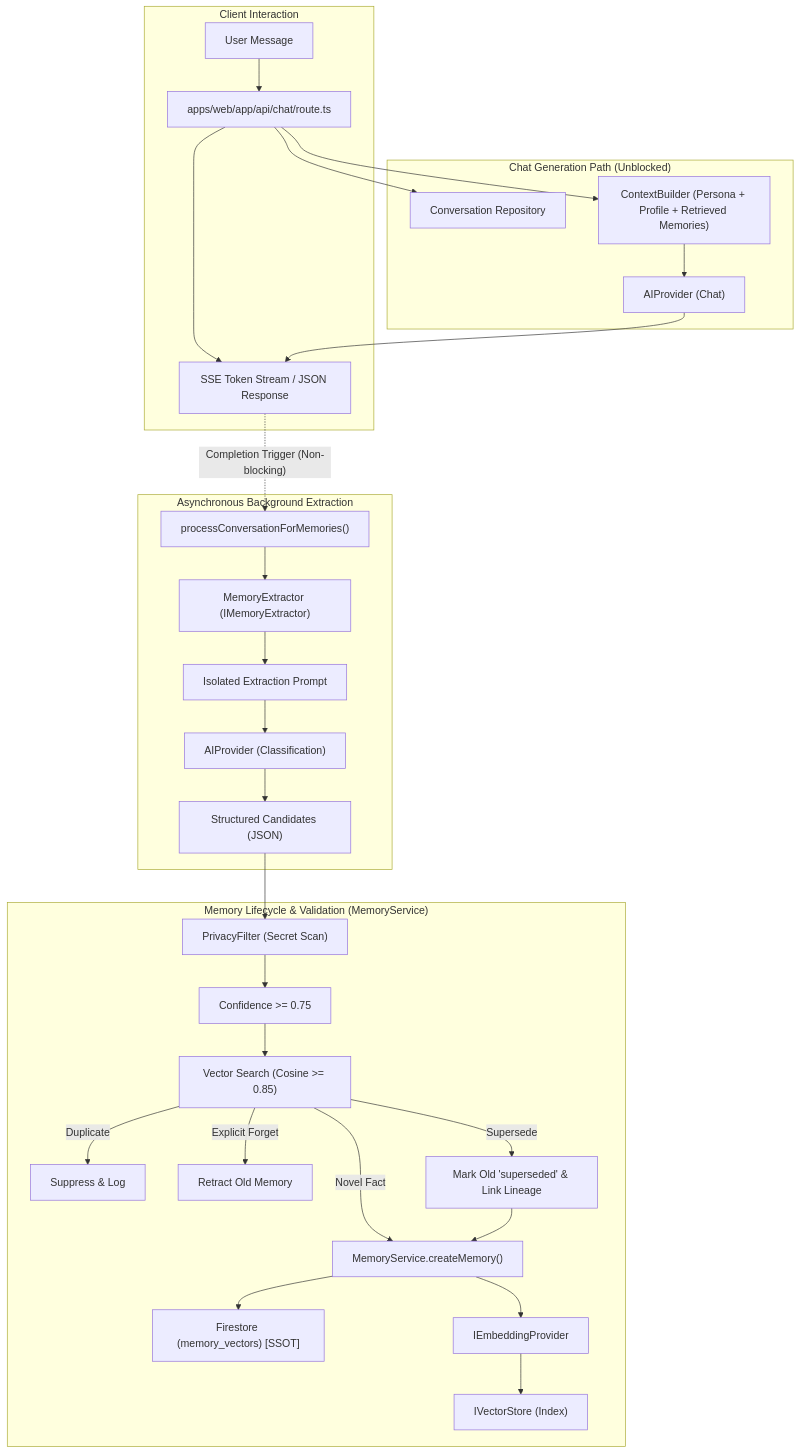
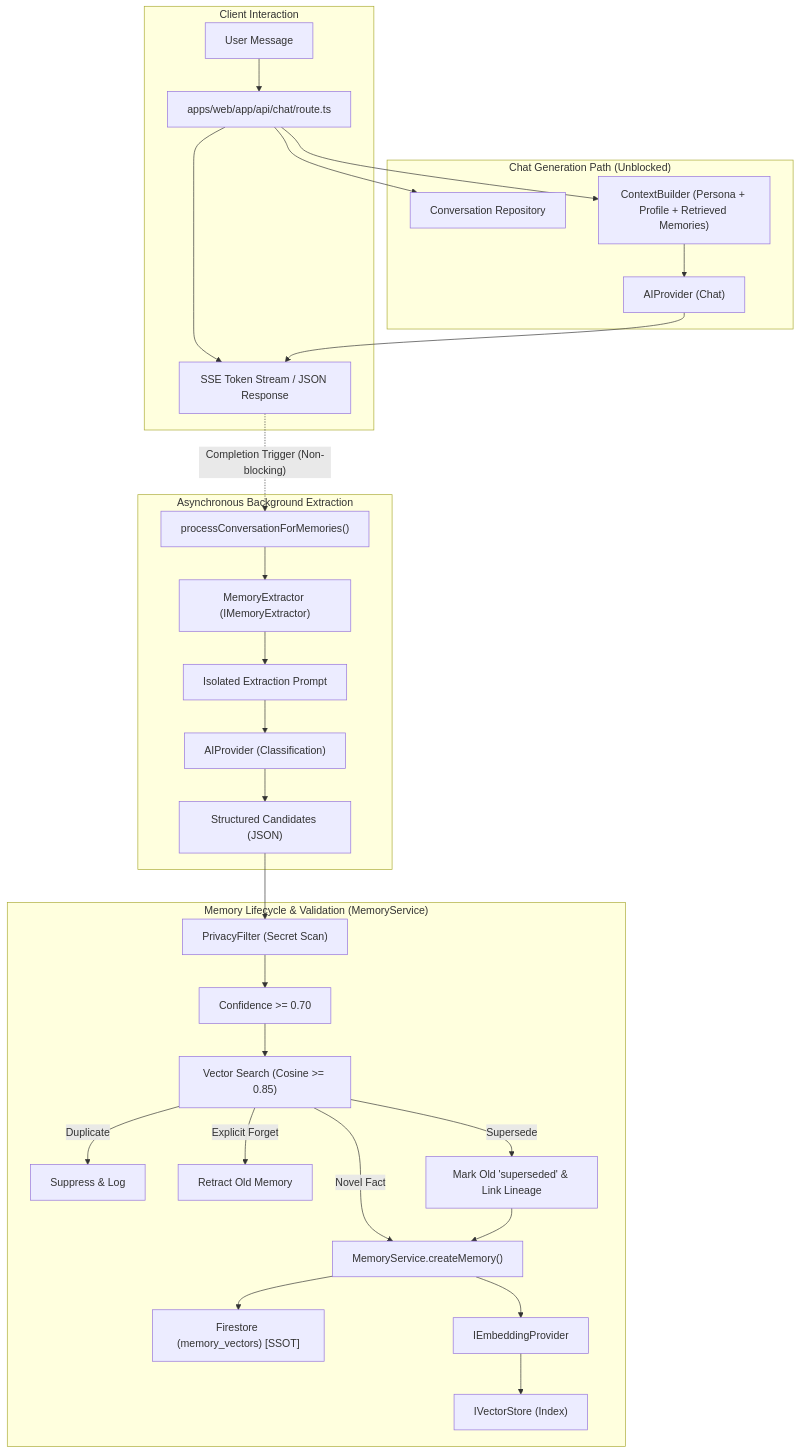
The diagram in docs/autonomous-memory-extraction-report.md (barissalihbabacan/Alfred), drawn with Mermaid before and after one commit. The commit also changed 9 other files, not shown here.

````diff
--- a/docs/autonomous-memory-extraction-report.md
+++ b/docs/autonomous-memory-extraction-report.md
@@ -57,38 +57,38 @@
 ```mermaid
 graph TD
     subgraph "Client Interaction"
         UserMsg["User Message"] --> Route["apps/web/app/api/chat/route.ts"]
         Route --> Stream["SSE Token Stream / JSON Response"]
     end
 
     subgraph "Chat Generation Path (Unblocked)"
         Route --> Repo["Conversation Repository"]
         Route --> CB["ContextBuilder (Persona + Profile + Retrieved Memories)"]
         CB --> LLM["AIProvider (Chat)"]
         LLM --> Stream
     end
 
     subgraph "Asynchronous Background Extraction"
         Stream -.->|"Completion Trigger (Non-blocking)"| ExtCall["processConversationForMemories()"]
         ExtCall --> Extractor["MemoryExtractor (IMemoryExtractor)"]
         Extractor --> ExtPrompt["Isolated Extraction Prompt"]
         ExtPrompt --> LLM2["AIProvider (Classification)"]
         LLM2 --> Candidate["Structured Candidates (JSON)"]
     end
 
     subgraph "Memory Lifecycle & Validation (MemoryService)"
         Candidate --> PrivFilter["PrivacyFilter (Secret Scan)"]
-        PrivFilter --> ConfCheck["Confidence >= 0.75"]
+        PrivFilter --> ConfCheck["Confidence >= 0.70"]
         ConfCheck --> DedupCheck["Vector Search (Cosine >= 0.85)"]
         
         DedupCheck -->|Duplicate| Skip["Suppress & Log"]
         DedupCheck -->|Explicit Forget| Retract["Retract Old Memory"]
         DedupCheck -->|Supersede| Lineage["Mark Old 'superseded' & Link Lineage"]
         DedupCheck -->|Novel Fact| CreateMem["MemoryService.createMemory()"]
         
         Lineage --> CreateMem
         CreateMem --> FS["Firestore (memory_vectors) [SSOT]"]
         CreateMem --> Embed["IEmbeddingProvider"]
         Embed --> VecDB["IVectorStore (Index)"]
     end
 ```
````
